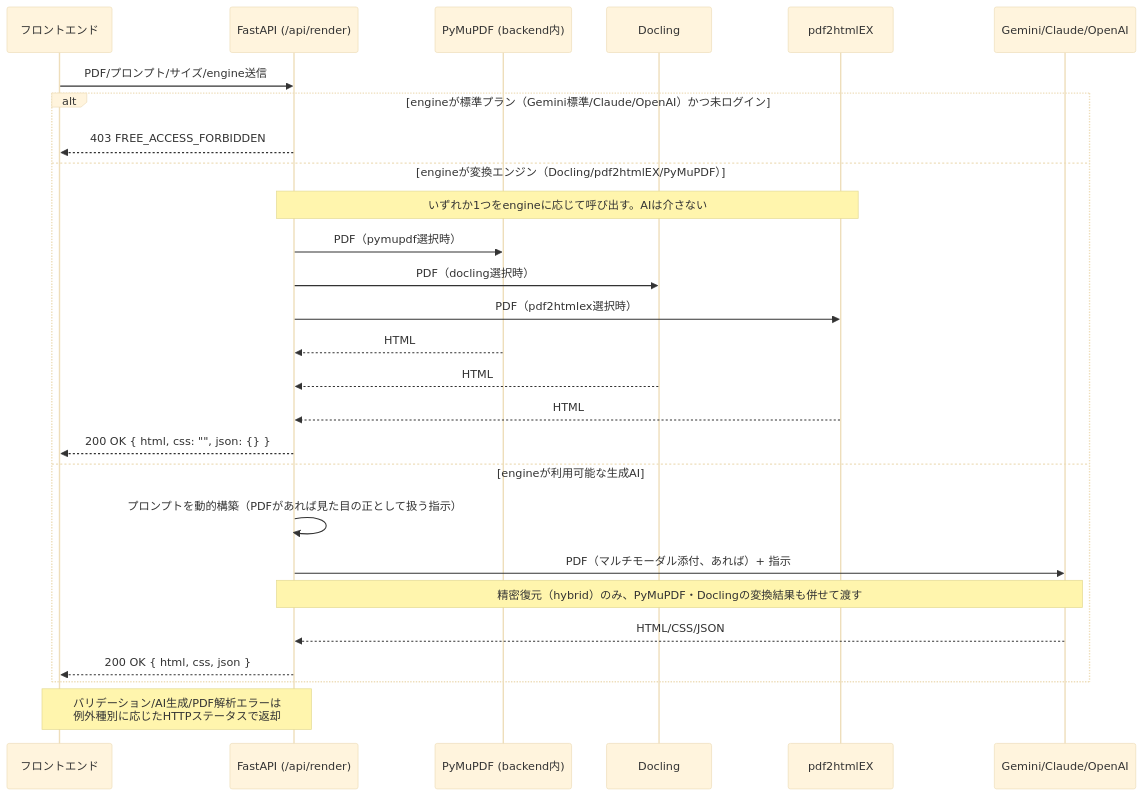
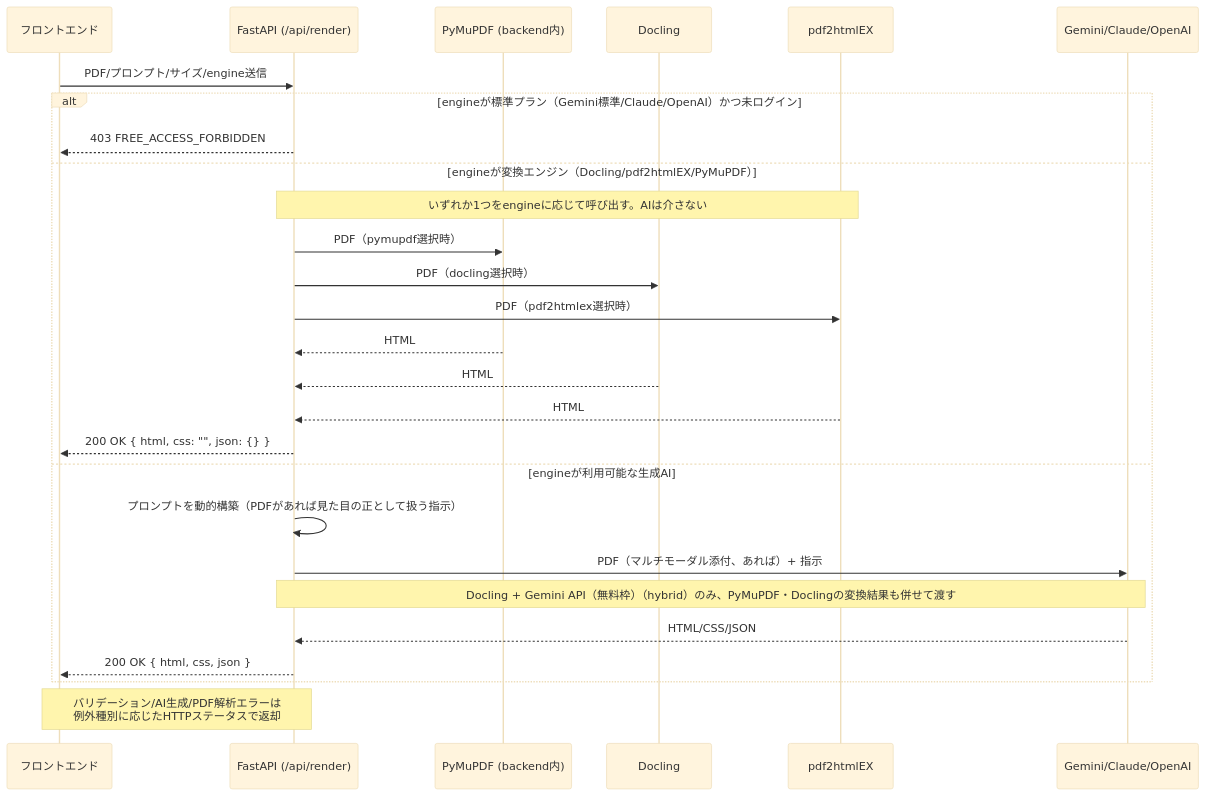
The fourth of 8 diagrams in docs/architecture.md (EisukeHishikawa/adapt-sheet), drawn with Mermaid (base theme) before and after one commit. The commit also changed 8 other files, not shown here.

Commit message:
feat: hybridエンジンの表示名を「Docling + Gemini API（無料枠）」へ変更する

````diff
--- a/docs/architecture.md
+++ b/docs/architecture.md
@@ -152,30 +152,30 @@
 ```mermaid
 sequenceDiagram
     participant FE as フロントエンド
     participant API as FastAPI (/api/render)
     participant Layout as PyMuPDF (backend内)
     participant Docling as Docling
     participant Pdf2HtmlEx as pdf2htmlEX
     participant AI as Gemini/Claude/OpenAI
 
     FE->>API: PDF/プロンプト/サイズ/engine送信
     alt engineが標準プラン（Gemini標準/Claude/OpenAI）かつ未ログイン
         API-->>FE: 403 FREE_ACCESS_FORBIDDEN
     else engineが変換エンジン（Docling/pdf2htmlEX/PyMuPDF）
         Note over API,Pdf2HtmlEx: いずれか1つをengineに応じて呼び出す。AIは介さない
         API->>Layout: PDF（pymupdf選択時）
         API->>Docling: PDF（docling選択時）
         API->>Pdf2HtmlEx: PDF（pdf2htmlex選択時）
         Layout-->>API: HTML
         Docling-->>API: HTML
         Pdf2HtmlEx-->>API: HTML
         API-->>FE: 200 OK { html, css: "", json: {} }
     else engineが利用可能な生成AI
         API->>API: プロンプトを動的構築（PDFがあれば見た目の正として扱う指示）
         API->>AI: PDF（マルチモーダル添付、あれば）+ 指示
-        Note over API,AI: 精密復元（hybrid）のみ、PyMuPDF・Doclingの変換結果も併せて渡す
+        Note over API,AI: Docling + Gemini API（無料枠）（hybrid）のみ、PyMuPDF・Doclingの変換結果も併せて渡す
         AI-->>API: HTML/CSS/JSON
         API-->>FE: 200 OK { html, css, json }
     end
     Note over API,FE: バリデーション/AI生成/PDF解析エラーは<br/>例外種別に応じたHTTPステータスで返却
 ```
````
